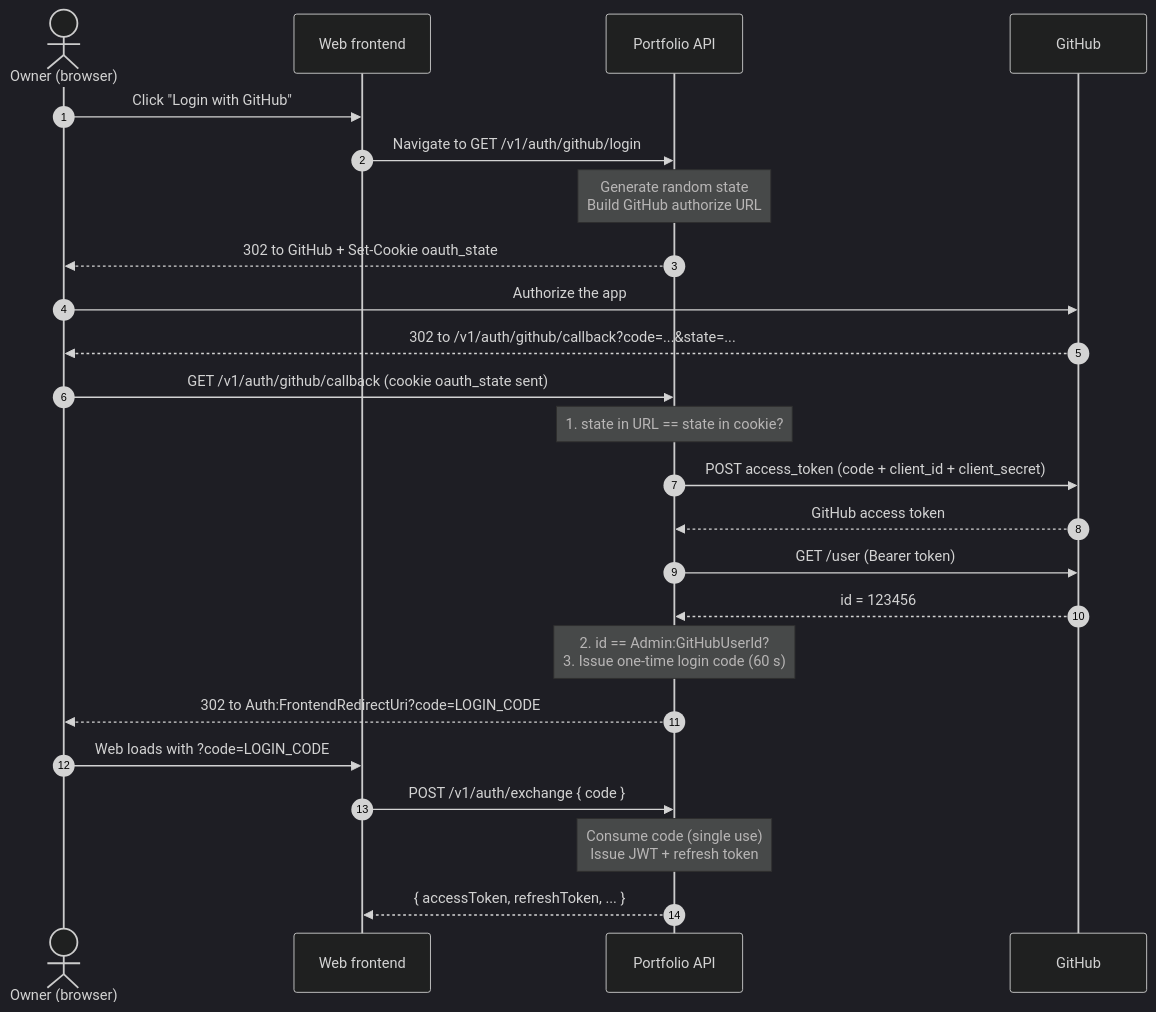
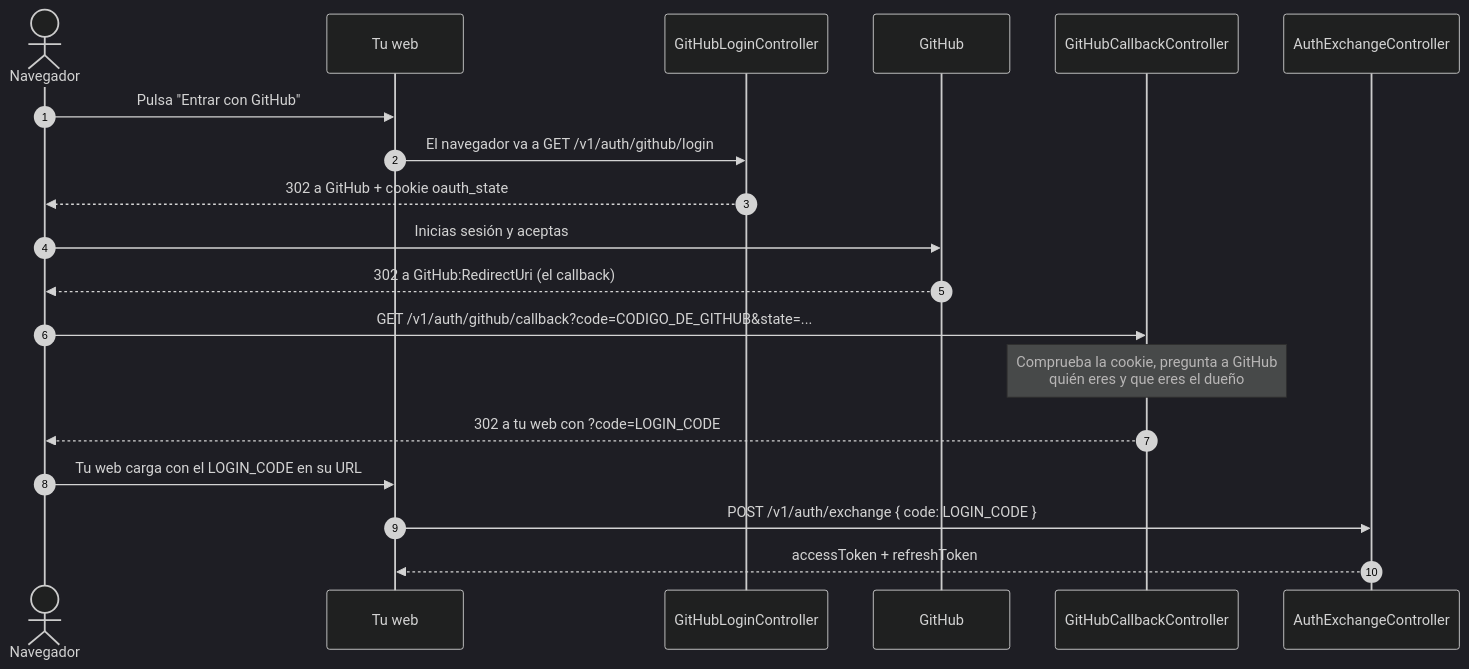
One commit to FernandoPerera/Portfolio.Api changed the diagram in docs/authentication.md. Above: the diagram before and after it, drawn with Mermaid (dark theme). The commit also changed other lines of this file, not shown here.

Commit message:
docs(auth): describe the login piece by piece

````diff
--- a/docs/authentication.md
+++ b/docs/authentication.md
@@ -36,27 +39,22 @@
 ```mermaid
 sequenceDiagram
     autonumber
-    actor U as Owner (browser)
-    participant W as Web frontend
-    participant A as Portfolio API
+    actor N as Navegador
+    participant W as Tu web
+    participant L as GitHubLoginController
     participant G as GitHub
+    participant CB as GitHubCallbackController
+    participant EX as AuthExchangeController
 
-    U->>W: Click "Login with GitHub"
-    W->>A: Navigate to GET /v1/auth/github/login
-    Note over A: Generate random state<br/>Build GitHub authorize URL
-    A-->>U: 302 to GitHub + Set-Cookie oauth_state
-    U->>G: Authorize the app
-    G-->>U: 302 to /v1/auth/github/callback?code=...&state=...
-    U->>A: GET /v1/auth/github/callback (cookie oauth_state sent)
-    Note over A: 1. state in URL == state in cookie?
-    A->>G: POST access_token (code + client_id + client_secret)
-    G-->>A: GitHub access token
-    A->>G: GET /user (Bearer token)
-    G-->>A: id = 123456
-    Note over A: 2. id == Admin:GitHubUserId?<br/>3. Issue one-time login code (60 s)
-    A-->>U: 302 to Auth:FrontendRedirectUri?code=LOGIN_CODE
-    U->>W: Web loads with ?code=LOGIN_CODE
-    W->>A: POST /v1/auth/exchange { code }
-    Note over A: Consume code (single use)<br/>Issue JWT + refresh token
-    A-->>W: { accessToken, refreshToken, ... }
+    N->>W: Pulsa "Entrar con GitHub"
+    W->>L: El navegador va a GET /v1/auth/github/login
+    L-->>N: 302 a GitHub + cookie oauth_state
+    N->>G: Inicias sesión y aceptas
+    G-->>N: 302 a GitHub:RedirectUri (el callback)
+    N->>CB: GET /v1/auth/github/callback?code=CODIGO_DE_GITHUB&state=...
+    Note over CB: Comprueba la cookie, pregunta a GitHub<br/>quién eres y que eres el dueño
+    CB-->>N: 302 a tu web con ?code=LOGIN_CODE
+    N->>W: Tu web carga con el LOGIN_CODE en su URL
+    W->>EX: POST /v1/auth/exchange { code: LOGIN_CODE }
+    EX-->>W: accessToken + refreshToken
 ```
````
